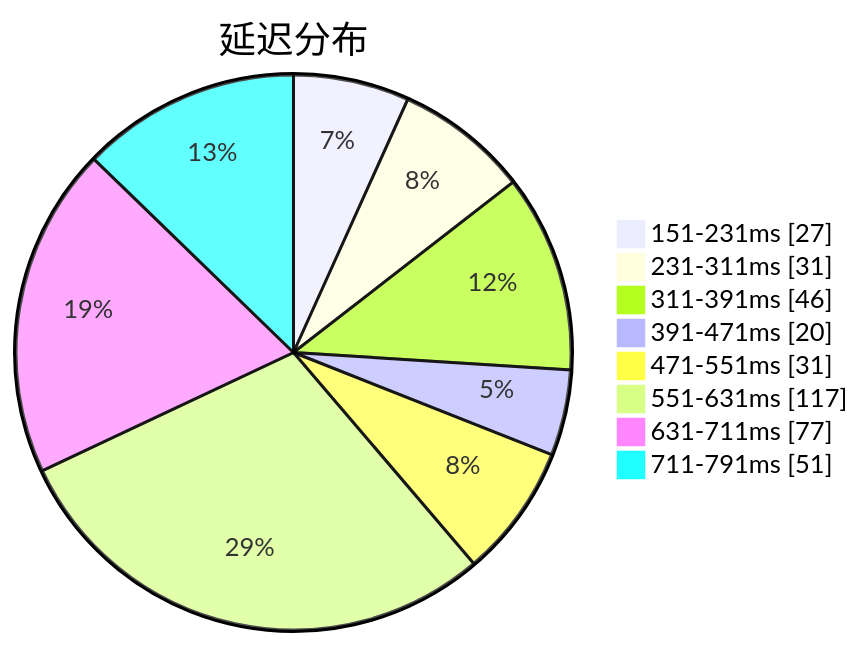
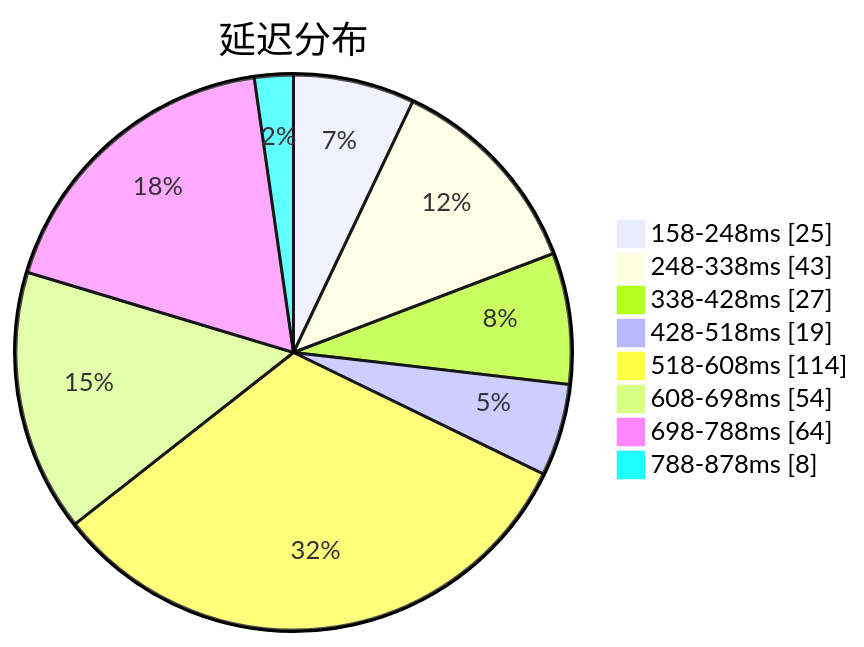
The first of 3 diagrams in subs/statistics/tested_within.md (qjlxg/airport), drawn with Mermaid before and after one commit. The commit also changed other lines of this file and 2 other files, not shown here.

Commit message:
Tested by metaST

````diff
--- a/subs/statistics/tested_within.md
+++ b/subs/statistics/tested_within.md
@@ -2,12 +2,12 @@
 ```mermaid
 pie showData
 title 延迟分布
-"151-231ms" : 27
-"231-311ms" : 31
-"311-391ms" : 46
-"391-471ms" : 20
-"471-551ms" : 31
-"551-631ms" : 117
-"631-711ms" : 77
-"711-791ms" : 51
+"158-248ms" : 25
+"248-338ms" : 43
+"338-428ms" : 27
+"428-518ms" : 19
+"518-608ms" : 114
+"608-698ms" : 54
+"698-788ms" : 64
+"788-878ms" : 8
 ```
````
